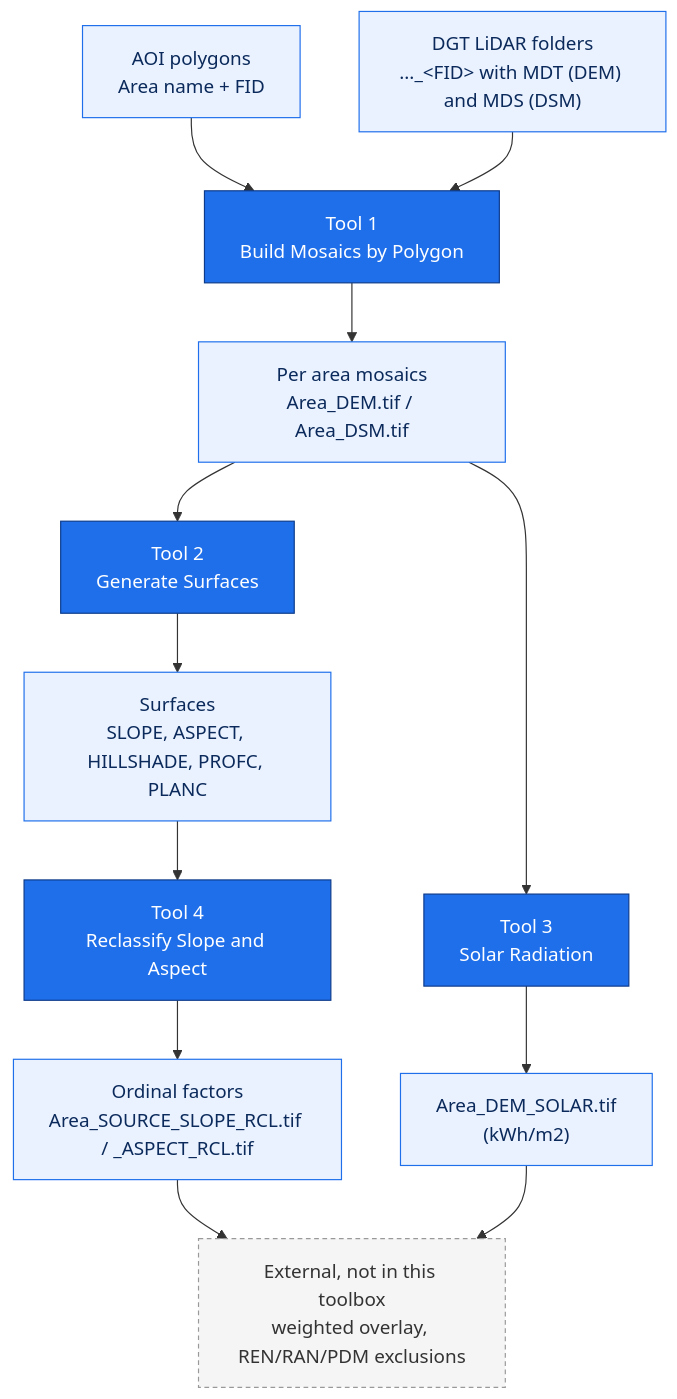
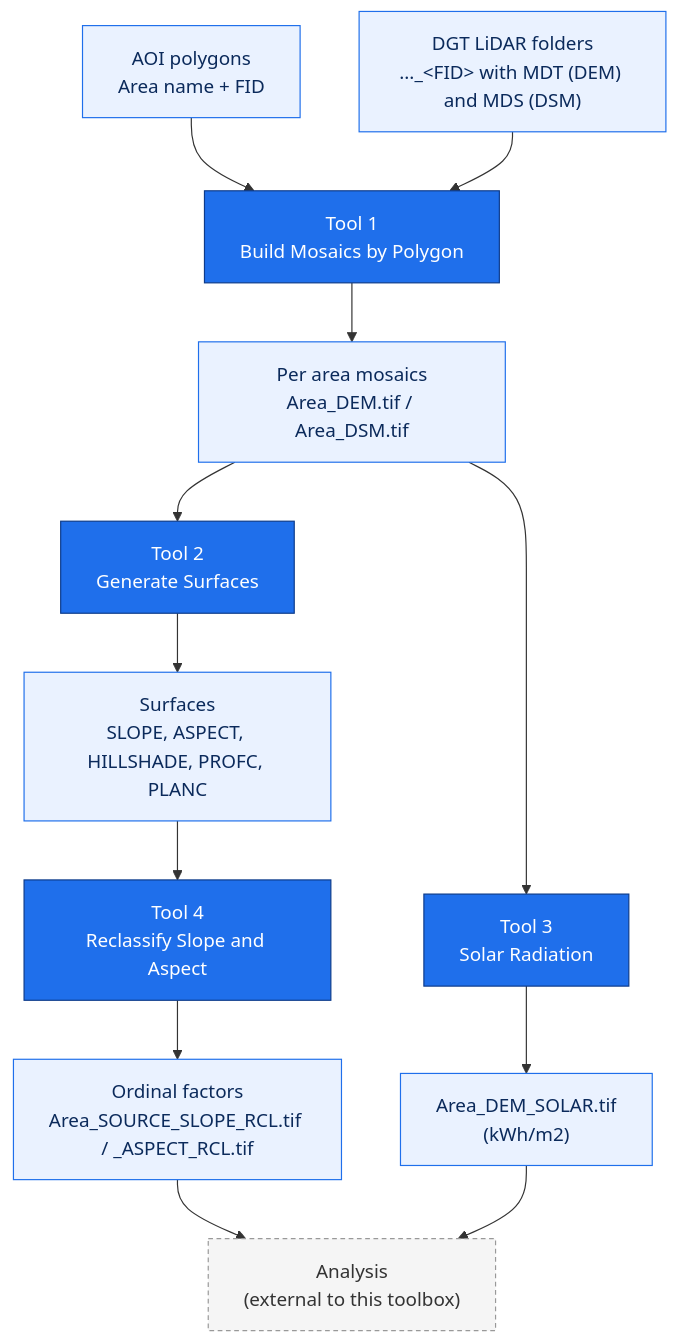
The diagram in README.md (PedroMMGoncalves/lidar-terrain-arcgis-tools), drawn with Mermaid before and after one commit. The commit also changed other lines of this file and 1 other file, not shown here.

````diff
--- a/README.md
+++ b/README.md
@@ -37,24 +37,24 @@
 ```mermaid
 flowchart TD
     AOI["AOI polygons<br/>Area name + FID"]
     LID["DGT LiDAR folders<br/>..._&lt;FID&gt; with MDT (DEM) and MDS (DSM)"]
     AOI --> T1
     LID --> T1
     T1["Tool 1<br/>Build Mosaics by Polygon"]
     T1 --> M["Per area mosaics<br/>Area_DEM.tif / Area_DSM.tif"]
     M --> T2["Tool 2<br/>Generate Surfaces"]
     M --> T3["Tool 3<br/>Solar Radiation"]
     T2 --> S["Surfaces<br/>SLOPE, ASPECT, HILLSHADE, PROFC, PLANC"]
     T3 --> SOL["Area_DEM_SOLAR.tif<br/>(kWh/m2)"]
     S --> T4["Tool 4<br/>Reclassify Slope and Aspect"]
     T4 --> RCL["Ordinal factors<br/>Area_SOURCE_SLOPE_RCL.tif / _ASPECT_RCL.tif"]
-    RCL --> EXT["External, not in this toolbox<br/>weighted overlay, REN/RAN/PDM exclusions"]
+    RCL --> EXT["Analysis<br/>(external to this toolbox)"]
     SOL --> EXT
 
     classDef tool fill:#1f6feb,stroke:#0d3b8a,color:#ffffff;
     classDef data fill:#eaf2ff,stroke:#1f6feb,color:#0b2a5b;
     classDef ext fill:#f5f5f5,stroke:#999999,color:#333333,stroke-dasharray:4 3;
     class T1,T2,T3,T4 tool;
     class AOI,LID,M,S,SOL,RCL data;
     class EXT ext;
 ```
````
